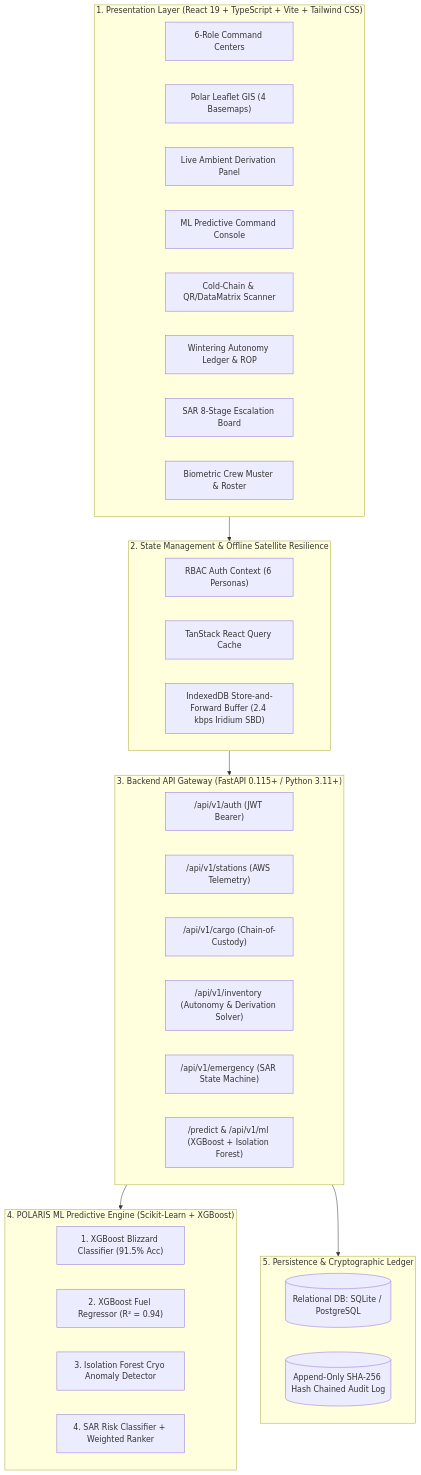
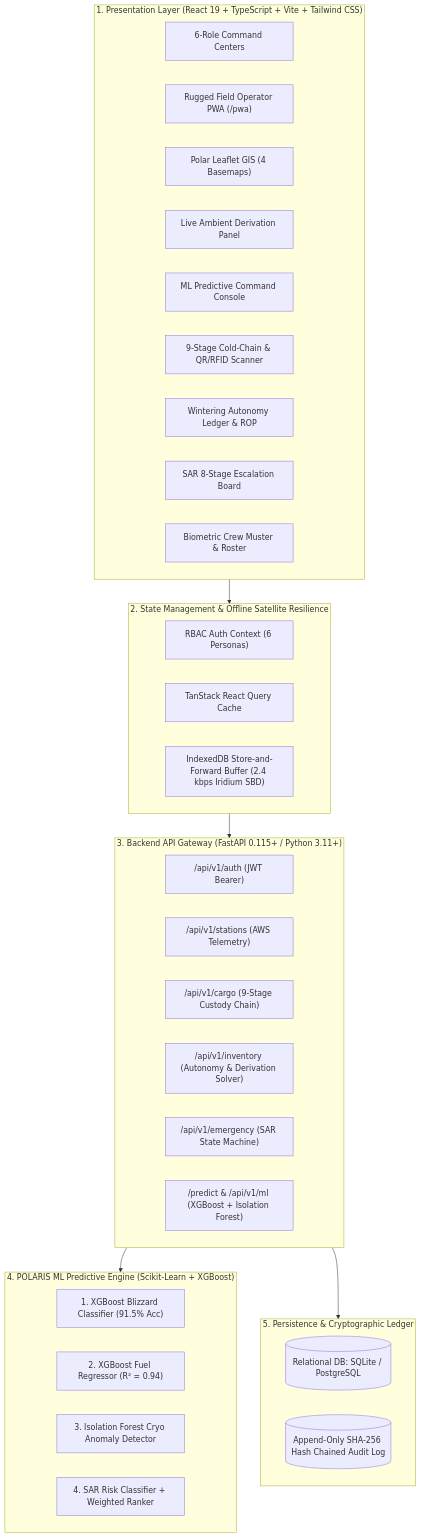
The diagram in README.md (Himarghya/SIH26062), drawn with Mermaid before and after one commit. The commit also changed other lines of this file, not shown here.

Commit message:
docs: update README with Field Operator PWA, 9-stage cold chain route, and solution pillars

````diff
--- a/README.md
+++ b/README.md
@@ -54,45 +56,46 @@
 ```mermaid
 graph TD
     subgraph UI_Layer ["1. Presentation Layer (React 19 + TypeScript + Vite + Tailwind CSS)"]
         Dash["6-Role Command Centers"]
+        PWA["Rugged Field Operator PWA (/pwa)"]
         GIS["Polar Leaflet GIS (4 Basemaps)"]
         AutonomyUI["Live Ambient Derivation Panel"]
         MLConsole["ML Predictive Command Console"]
-        CargoUI["Cold-Chain & QR/DataMatrix Scanner"]
+        CargoUI["9-Stage Cold-Chain & QR/RFID Scanner"]
         InvUI["Wintering Autonomy Ledger & ROP"]
         SarUI["SAR 8-Stage Escalation Board"]
         PersonnelUI["Biometric Crew Muster & Roster"]
     end
 
     subgraph State_Security ["2. State Management & Offline Satellite Resilience"]
         AuthCtx["RBAC Auth Context (6 Personas)"]
         QueryClient["TanStack React Query Cache"]
         OfflineQueue["IndexedDB Store-and-Forward Buffer (2.4 kbps Iridium SBD)"]
     end
 
     subgraph API_Layer ["3. Backend API Gateway (FastAPI 0.115+ / Python 3.11+)"]
         AuthAPI["/api/v1/auth (JWT Bearer)"]
         StationAPI["/api/v1/stations (AWS Telemetry)"]
-        CargoAPI["/api/v1/cargo (Chain-of-Custody)"]
+        CargoAPI["/api/v1/cargo (9-Stage Custody Chain)"]
         InvAPI["/api/v1/inventory (Autonomy & Derivation Solver)"]
         EmergencyAPI["/api/v1/emergency (SAR State Machine)"]
         MLAPI["/predict & /api/v1/ml (XGBoost + Isolation Forest)"]
     end
 
     subgraph ML_Engine ["4. POLARIS ML Predictive Engine (Scikit-Learn + XGBoost)"]
         BlizzardMdl["1. XGBoost Blizzard Classifier (91.5% Acc)"]
         FuelMdl["2. XGBoost Fuel Regressor (R² = 0.94)"]
         CryoMdl["3. Isolation Forest Cryo Anomaly Detector"]
         SARMdl["4. SAR Risk Classifier + Weighted Ranker"]
     end
 
     subgraph Database_Layer ["5. Persistence & Cryptographic Ledger"]
         RelationalDB[("Relational DB: SQLite / PostgreSQL")]
         AuditChain[("Append-Only SHA-256 Hash Chained Audit Log")]
     end
 
     UI_Layer --> State_Security
     State_Security --> API_Layer
     API_Layer --> ML_Engine
     API_Layer --> Database_Layer
 ```
````
